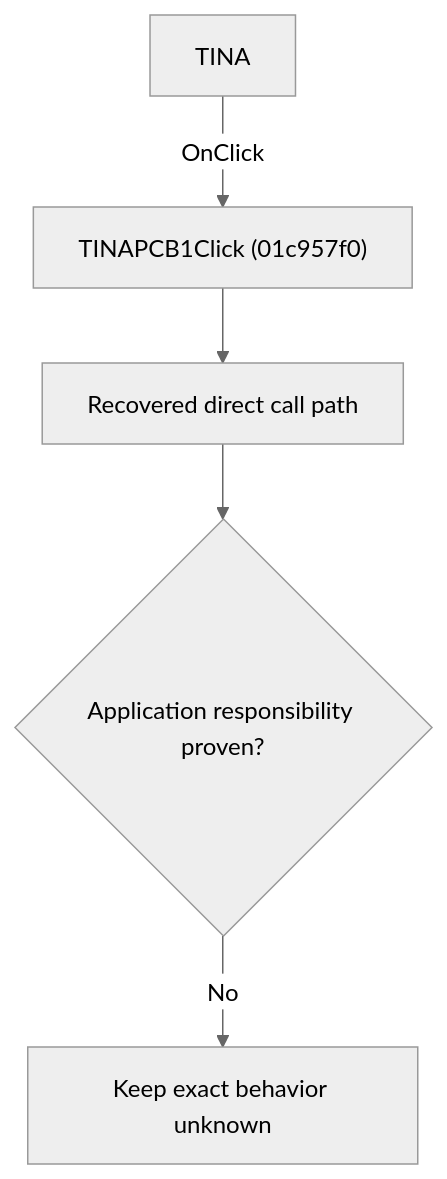
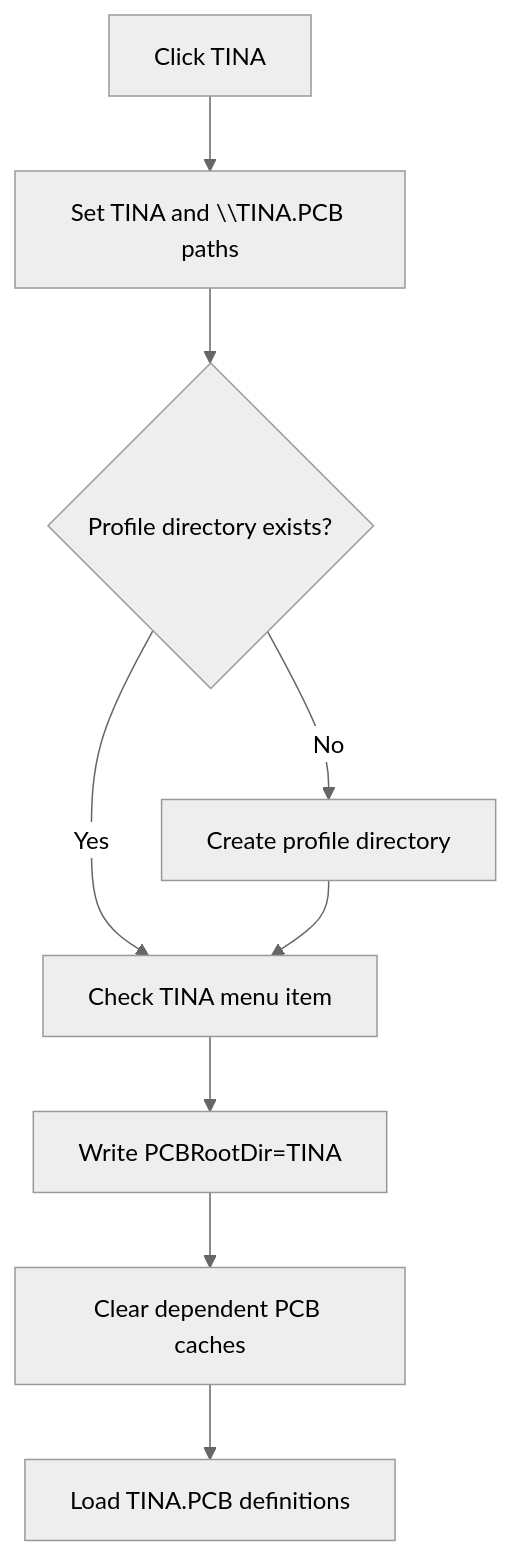
The diagram in docs/ui-controls/schematiceditor/tinapcb1-8f9fb38c5f.md (MovGP0/TIARA), drawn with Mermaid (neutral theme) before and after one commit. The commit also changed other lines of this file and 241 other files, not shown here.

````diff
--- a/docs/ui-controls/schematiceditor/tinapcb1-8f9fb38c5f.md
+++ b/docs/ui-controls/schematiceditor/tinapcb1-8f9fb38c5f.md
@@ -27,7 +27,11 @@
 ```mermaid
 flowchart TD
-    control["TINA"] -->|"OnClick"| handler["TINAPCB1Click (01c957f0)"]
-    handler --> recovered["Recovered direct call path"]
-    recovered --> gap{"Application responsibility proven?"}
-    gap -->|"No"| blocked["Keep exact behavior unknown"]
+    control["Click TINA"] --> profile["Set TINA and \\TINA.PCB paths"]
+    profile --> exists{"Profile directory exists?"}
+    exists -->|"No"| create["Create profile directory"]
+    exists -->|"Yes"| check["Check TINA menu item"]
+    create --> check
+    check --> persist["Write PCBRootDir=TINA"]
+    persist --> reset["Clear dependent PCB caches"]
+    reset --> load["Load TINA.PCB definitions"]
 ```
````
